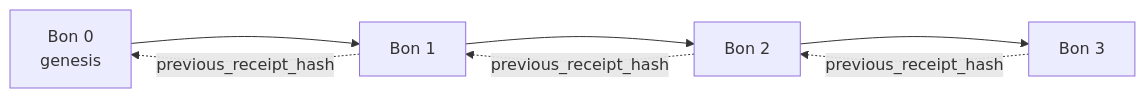
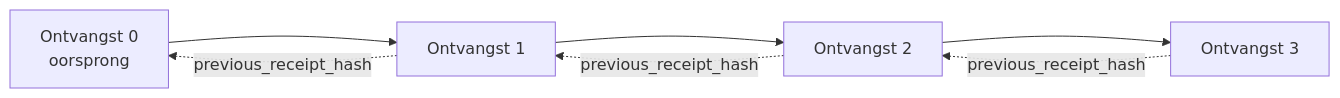
The second of 2 diagrams in translations/nl/18-securing-ai-agents/README.md (microsoft/ai-agents-for-beginners), drawn with Mermaid before and after one commit. The commit also changed other lines of this file and 47 other files, not shown here.

````diff
--- a/translations/nl/18-securing-ai-agents/README.md
+++ b/translations/nl/18-securing-ai-agents/README.md
@@ -206,9 +203,9 @@
 ```mermaid
 flowchart LR
-    R0[Bon 0<br/>genesis] --> R1[Bon 1]
-    R1 --> R2[Bon 2]
-    R2 --> R3[Bon 3]
+    R0[Ontvangst 0<br/>oorsprong] --> R1[Ontvangst 1]
+    R1 --> R2[Ontvangst 2]
+    R2 --> R3[Ontvangst 3]
     R1 -. previous_receipt_hash .-> R0
     R2 -. previous_receipt_hash .-> R1
     R3 -. previous_receipt_hash .-> R2
 ```
````
